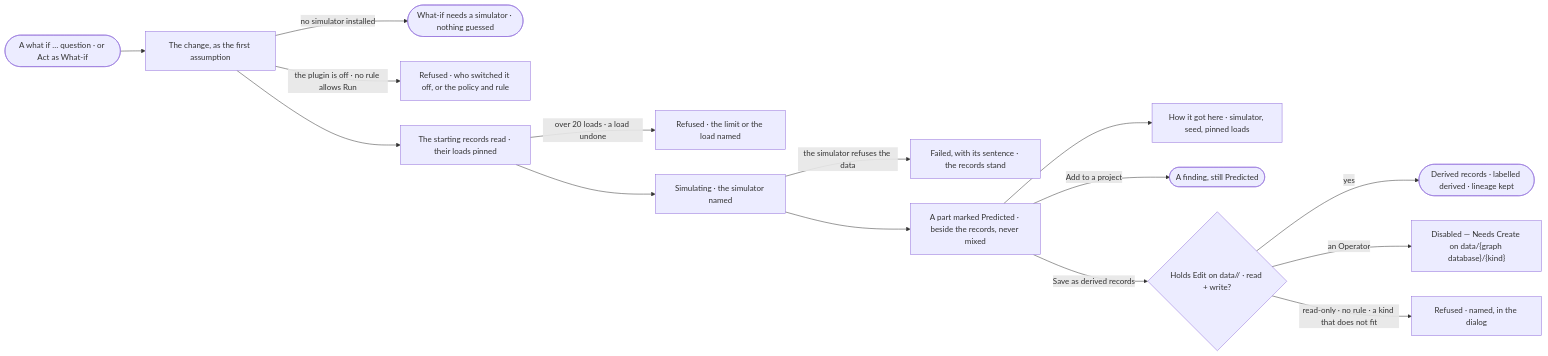
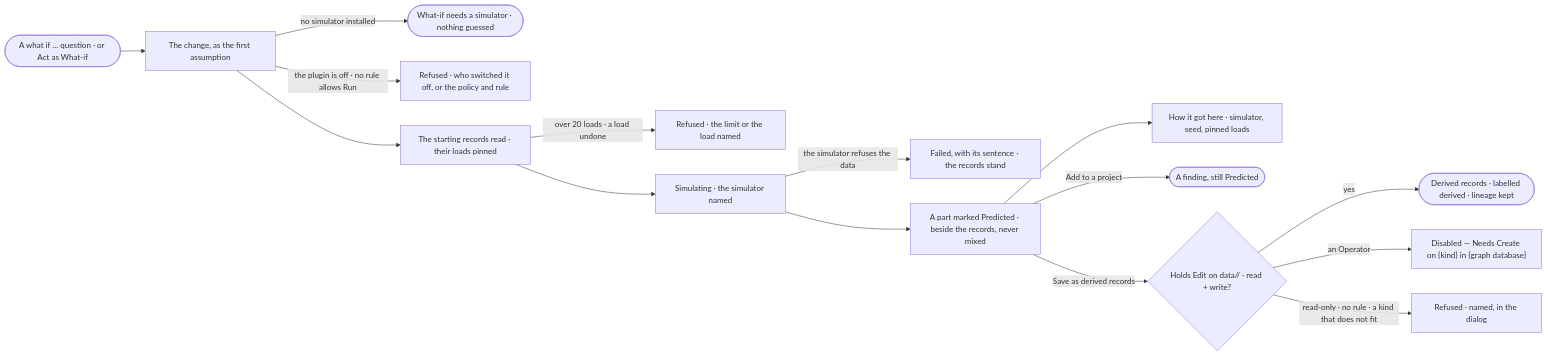
The diagram in specs/capabilities/explore/features/EX-F05-when-it-cannot-answer-and-how-it-reasons/stories/EX-33-ask-what-if-and-read-the-prediction-as-evidence/story.md (invana/invana), drawn with Mermaid before and after one commit. The commit also changed other lines of this file and 127 other files, not shown here.

````diff
--- a/specs/capabilities/explore/features/EX-F05-when-it-cannot-answer-and-how-it-reasons/stories/EX-33-ask-what-if-and-read-the-prediction-as-evidence/story.md
+++ b/specs/capabilities/explore/features/EX-F05-when-it-cannot-answer-and-how-it-reasons/stories/EX-33-ask-what-if-and-read-the-prediction-as-evidence/story.md
@@ -27,17 +27,17 @@
 ```mermaid
 flowchart LR
   s([A what if … question · or Act as What-if]) --> c["The change, as the first assumption"]
   c -->|no simulator installed| ns(["What-if needs a simulator · nothing guessed"])
   c -->|the plugin is off · no rule allows Run| rf["Refused · who switched it off, or the policy and rule"]
   c --> rd["The starting records read · their loads pinned"]
   rd -->|over 20 loads · a load undone| rl["Refused · the limit or the load named"]
   rd --> sm["Simulating · the simulator named"]
   sm -->|the simulator refuses the data| fl["Failed, with its sentence · the records stand"]
   sm --> pr["A part marked Predicted · beside the records, never mixed"]
   pr --> how["How it got here · simulator, seed, pinned loads"]
   pr -->|Add to a project| fd(["A finding, still Predicted"])
   pr -->|Save as derived records| sv{"Holds Edit on data/<graph database>/<kind> · read + write?"}
   sv -->|yes| dr(["Derived records · labelled derived · lineage kept"])
-  sv -->|an Operator| od["Disabled — Needs Create on data/{graph database}/{kind}"]
+  sv -->|an Operator| od["Disabled — Needs Create on {kind} in {graph database}"]
   sv -->|read-only · no rule · a kind that does not fit| rr["Refused · named, in the dialog"]
 ```
````
